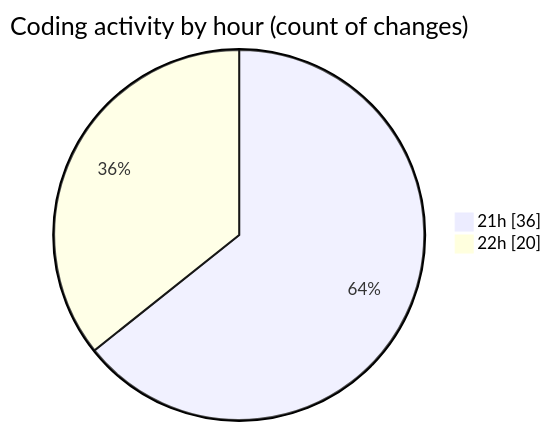
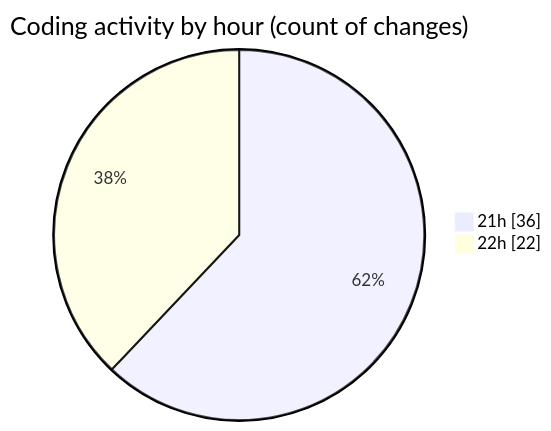
One commit to robertbonfada/code-tracking changed the second of 2 diagrams in 2025-03-10/termonied_testador/README.md. Above: the diagram before and after it, drawn with Mermaid. The commit also changed other lines of this file and 1 other file, not shown here.

````diff
--- a/2025-03-10/termonied_testador/README.md
+++ b/2025-03-10/termonied_testador/README.md
@@ -37,6 +37,6 @@
 ```mermaid
 pie showData
 title Coding activity by hour (count of changes)
 "21h" : 36
-"22h" : 20
+"22h" : 22
 ```
````
